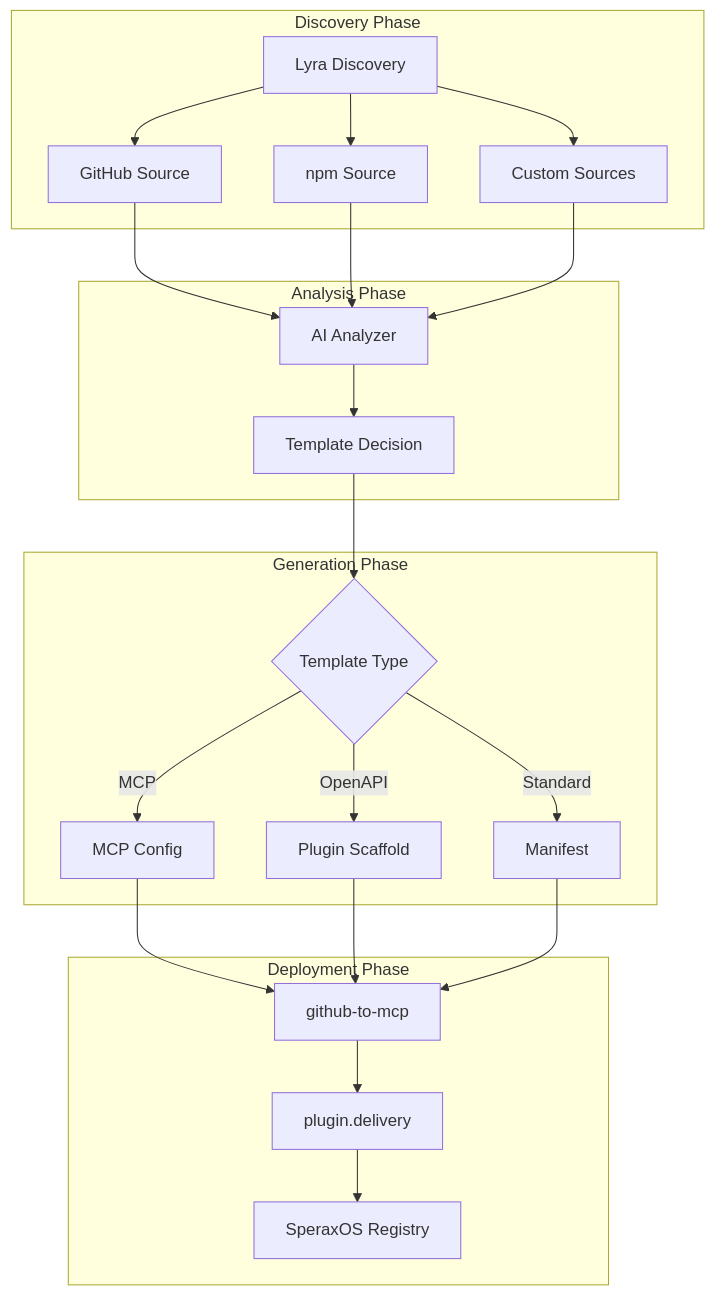
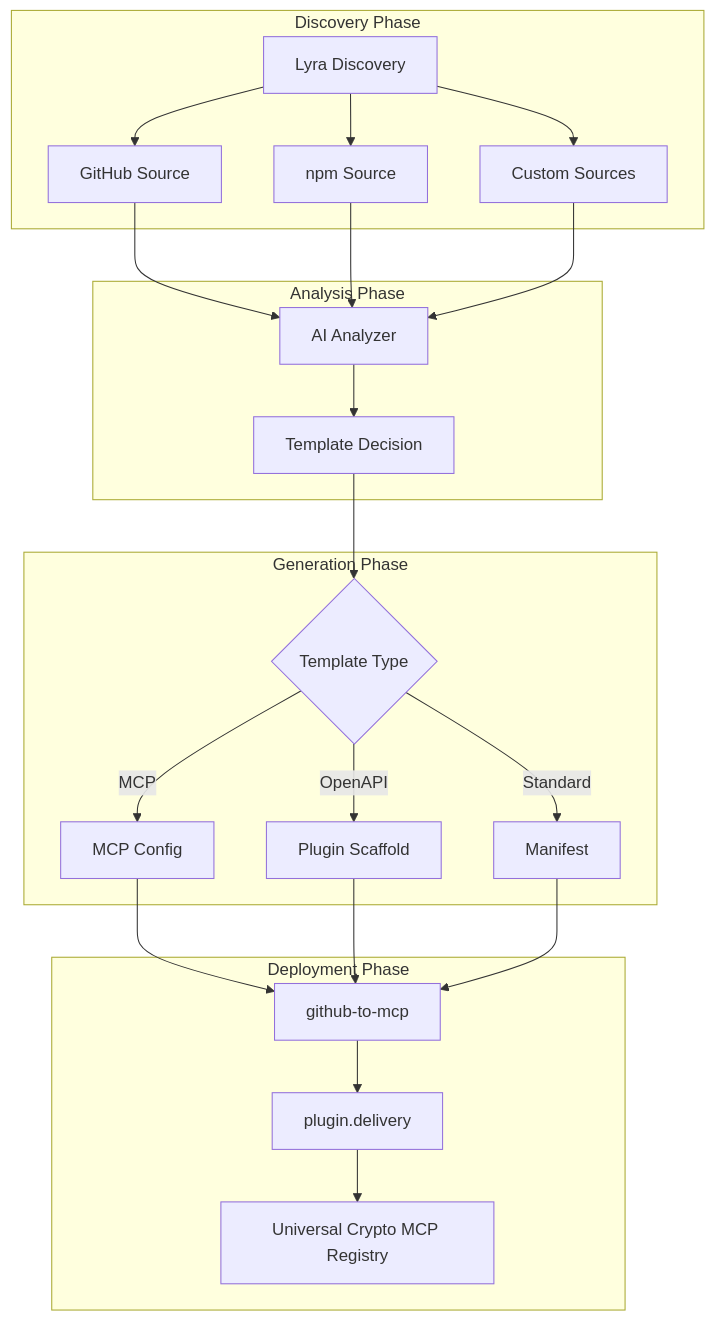
The diagram in packages/generators/discovery/docs/guide/pipeline.md (nirholas/universal-crypto-mcp), drawn with Mermaid before and after one commit. The commit also changed other lines of this file and 439 other files, not shown here.

````diff
--- a/packages/generators/discovery/docs/guide/pipeline.md
+++ b/packages/generators/discovery/docs/guide/pipeline.md
@@ -7,30 +7,30 @@
 ```mermaid
 flowchart TB
     subgraph Discovery ["Discovery Phase"]
         A[Lyra Discovery] --> B[GitHub Source]
         A --> C[npm Source]
         A --> D[Custom Sources]
     end
     
     subgraph Analysis ["Analysis Phase"]
         B --> E[AI Analyzer]
         C --> E
         D --> E
         E --> F[Template Decision]
     end
     
     subgraph Generation ["Generation Phase"]
         F --> G{Template Type}
         G -->|MCP| H[MCP Config]
         G -->|OpenAPI| I[Plugin Scaffold]
         G -->|Standard| J[Manifest]
     end
     
     subgraph Deployment ["Deployment Phase"]
         H --> K[github-to-mcp]
         I --> K
         J --> K
         K --> L[plugin.delivery]
-        L --> M[SperaxOS Registry]
+        L --> M[Universal Crypto MCP Registry]
     end
 ```
````
